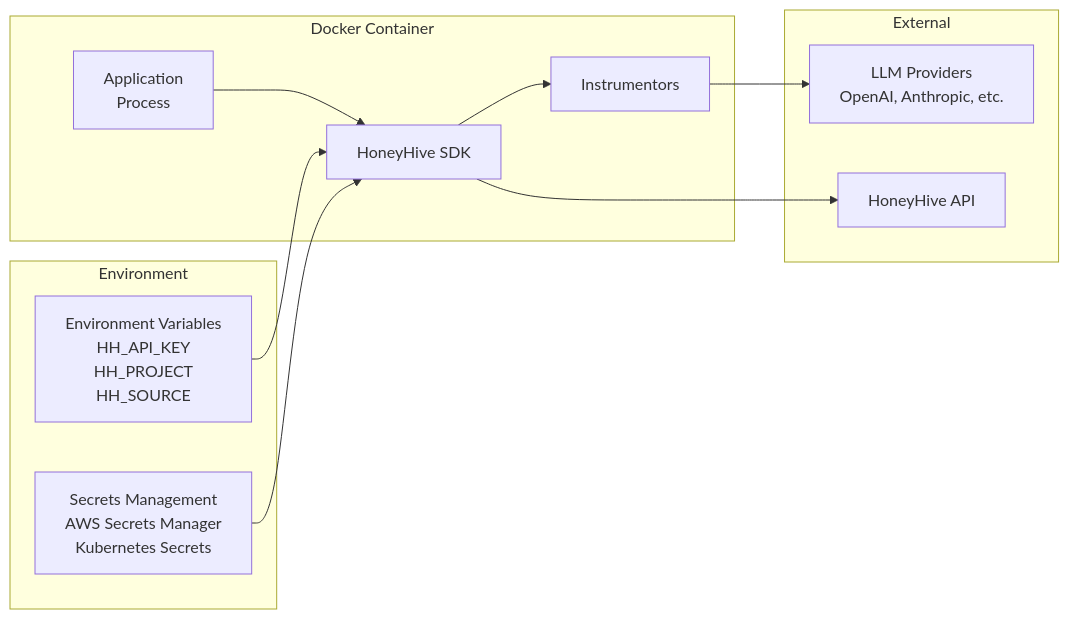
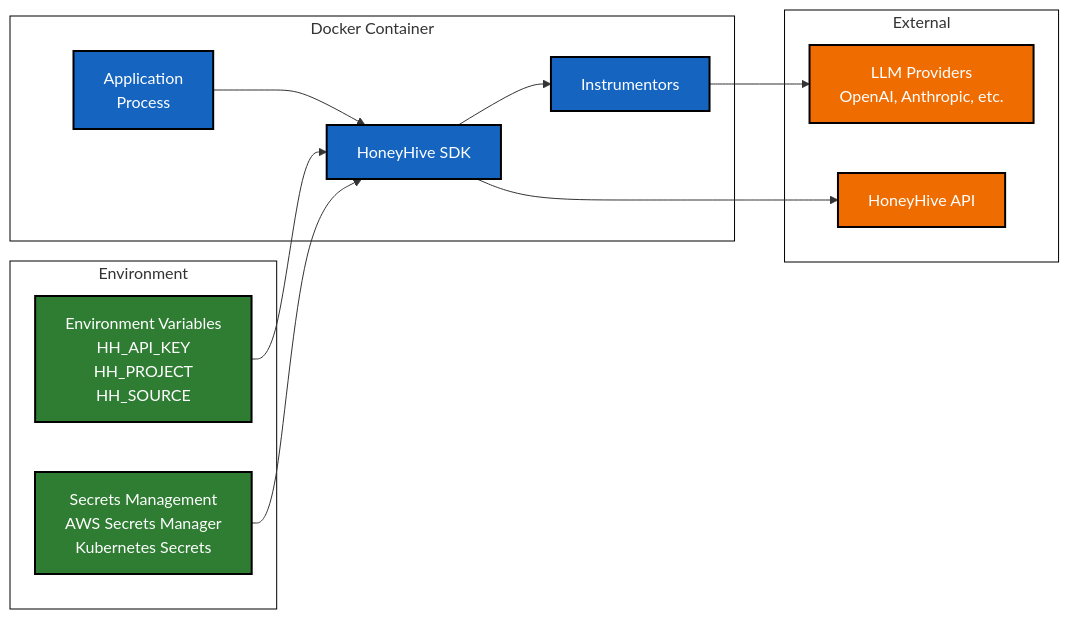
One commit to honeyhiveai/python-sdk changed the eighth of 15 diagrams in docs/explanation/architecture/diagrams.rst. Above: the diagram before and after it, drawn with Mermaid. The commit also changed other lines of this file and 44 other files, not shown here.

```diff
--- a/docs/explanation/architecture/diagrams.rst
+++ b/docs/explanation/architecture/diagrams.rst
@@ -251,26 +281,35 @@
 .. mermaid::
 
+   %%{init: {'theme':'base', 'themeVariables': {'primaryColor': '#1565c0', 'primaryTextColor': '#ffffff', 'primaryBorderColor': '#000000', 'lineColor': '#333333', 'secondaryColor': '#2e7d32', 'tertiaryColor': '#ef6c00', 'background': 'transparent', 'mainBkg': 'transparent', 'secondBkg': 'transparent', 'nodeBkg': '#1565c0', 'nodeBorder': '#000000', 'clusterBkg': 'transparent', 'clusterBorder': '#000000', 'defaultLinkColor': '#333333', 'titleColor': '#333333', 'edgeLabelBackground': 'transparent', 'nodeTextColor': '#ffffff'}, 'flowchart': {'linkColor': '#333333', 'linkWidth': 2, 'nodeSpacing': 50, 'rankSpacing': 50}}}%%
    graph LR
        subgraph "Docker Container"
            App["Application<br/>Process"]
            SDK["HoneyHive SDK"]
            Inst["Instrumentors"]
            
            App --> SDK
            SDK --> Inst
        end
        
        subgraph "Environment"
            Env["Environment Variables<br/>HH_API_KEY<br/>HH_PROJECT<br/>HH_SOURCE"]
            Secrets["Secrets Management<br/>AWS Secrets Manager<br/>Kubernetes Secrets"]
        end
        
        subgraph "External"
            LLMProviders["LLM Providers<br/>OpenAI, Anthropic, etc."]
            HoneyHive["HoneyHive API"]
        end
        
        Env --> SDK
        Secrets --> SDK
        Inst --> LLMProviders
        SDK --> HoneyHive
+       
+       classDef appClass fill:#1565c0,stroke:#000000,stroke-width:2px,color:#ffffff
+       classDef envClass fill:#2e7d32,stroke:#000000,stroke-width:2px,color:#ffffff
+       classDef extClass fill:#ef6c00,stroke:#000000,stroke-width:2px,color:#ffffff
+       
+       class App,SDK,Inst appClass
+       class Env,Secrets envClass
+       class LLMProviders,HoneyHive extClass
```
